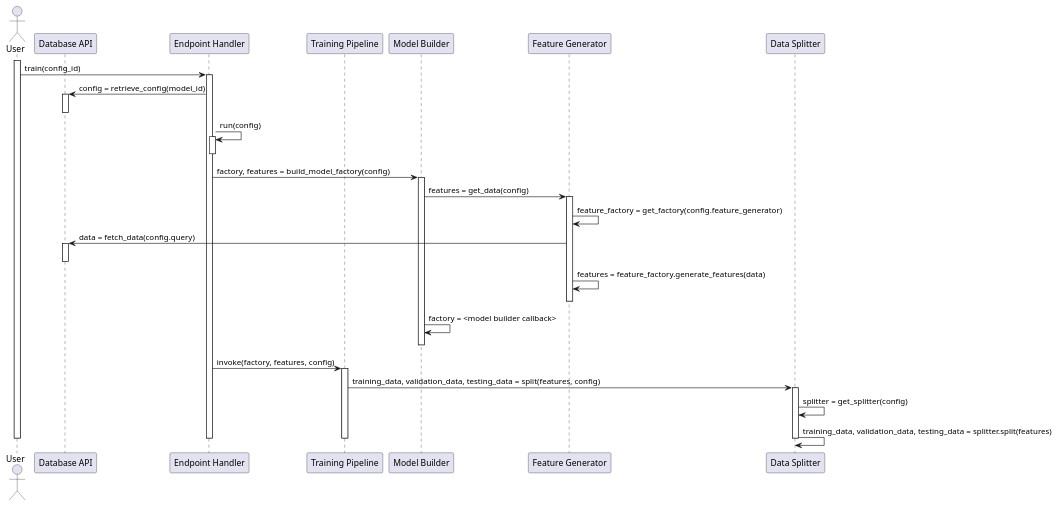
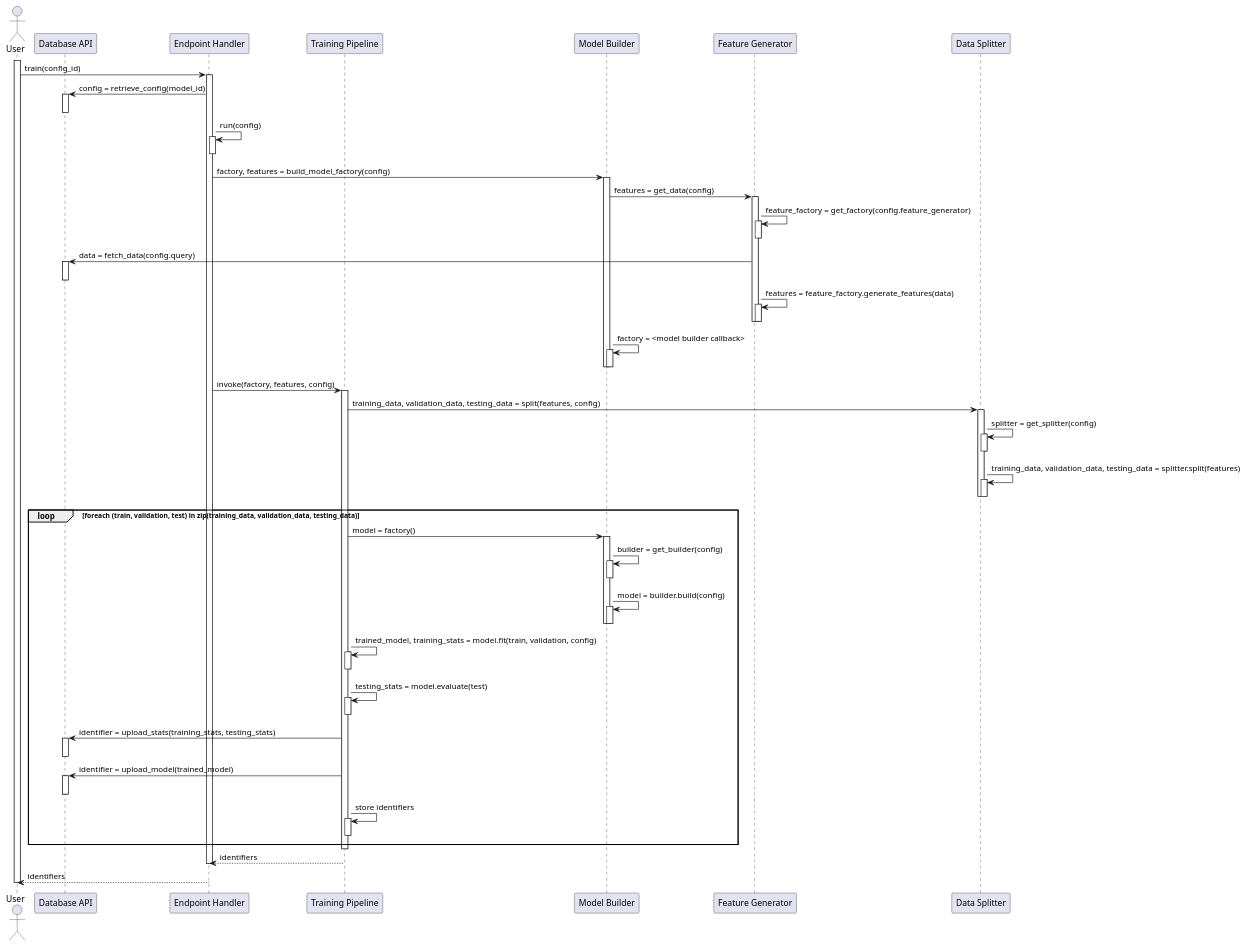
One commit to mining-design-decisions/Maestro changed the diagram in docs/architecture/figures/training.pu. Above: the diagram before and after it, drawn with PlantUML. The commit also changed 3 other files, not shown here.

Commit message:
Add sequence diagram for dl_manager

```diff
--- a/docs/architecture/figures/training.pu
+++ b/docs/architecture/figures/training.pu
@@ -1,46 +1,82 @@
-@startuml 
+@startuml "Deep Learning Manager -- Training Sequence Diagram"
 
 actor "User" as User
 participant "Database API" as DBApi 
 participant "Endpoint Handler" as Endpoint
 participant "Training Pipeline" as TrainingPipeline 
 participant "Model Builder" as ModelBuilder
 participant "Feature Generator" as FeatureGenerator
 participant "Data Splitter" as Splitter  
 
 
 activate User 
 User -> Endpoint: train(config_id)
     activate Endpoint 
     Endpoint -> DBApi: config = retrieve_config(model_id)
         activate DBApi
         deactivate DBApi
     Endpoint -> Endpoint: run(config)
         activate Endpoint
         deactivate Endpoint
         Endpoint -> ModelBuilder: factory, features = build_model_factory(config)
             activate ModelBuilder
             ModelBuilder -> FeatureGenerator: features = get_data(config)
                 activate FeatureGenerator
                 FeatureGenerator -> FeatureGenerator: feature_factory = get_factory(config.feature_generator)
+                    activate FeatureGenerator  
+                    deactivate FeatureGenerator
                 FeatureGenerator -> DBApi: data = fetch_data(config.query)
                     activate DBApi
                     deactivate DBApi
                 FeatureGenerator -> FeatureGenerator: features = feature_factory.generate_features(data)
-                FeatureGenerator -[hidden]-> FeatureGenerator
+                    activate FeatureGenerator  
+                    deactivate FeatureGenerator
                 deactivate FeatureGenerator
             ModelBuilder -> ModelBuilder: factory = <model builder callback>
-            ModelBuilder -[hidden]-> ModelBuilder
+                activate ModelBuilder  
+                deactivate ModelBuilder
             deactivate ModelBuilder
          Endpoint -> TrainingPipeline: invoke(factory, features, config)
             activate TrainingPipeline
             TrainingPipeline -> Splitter: training_data, validation_data, testing_data = split(features, config)
                 activate Splitter 
                 Splitter -> Splitter: splitter = get_splitter(config)
+                    activate Splitter
+                    deactivate Splitter
                 Splitter -> Splitter: training_data, validation_data, testing_data = splitter.split(features)
+                    activate Splitter
+                    deactivate Splitter
                 deactivate Splitter 
+            loop foreach (train, validation, test) in zip(training_data, validation_data, testing_data)
+                TrainingPipeline -> ModelBuilder: model = factory()
+                    activate ModelBuilder
+                    ModelBuilder -> ModelBuilder: builder = get_builder(config)
+                        activate ModelBuilder
+                        deactivate ModelBuilder
+                    ModelBuilder -> ModelBuilder: model = builder.build(config)
+                        activate ModelBuilder
+                        deactivate ModelBuilder
+                    deactivate ModelBuilder 
+                TrainingPipeline -> TrainingPipeline: trained_model, training_stats = model.fit(train, validation, config)
+                    activate TrainingPipeline
+                    deactivate TrainingPipeline
+                TrainingPipeline -> TrainingPipeline: testing_stats = model.evaluate(test)
+                    activate TrainingPipeline
+                    deactivate TrainingPipeline
+                TrainingPipeline -> DBApi: identifier = upload_stats(training_stats, testing_stats)
+                    activate DBApi
+                    deactivate DBApi
+                TrainingPipeline -> DBApi: identifier = upload_model(trained_model)
+                    activate DBApi
+                    deactivate DBApi
+                TrainingPipeline -> TrainingPipeline: store identifiers 
+                    activate TrainingPipeline
+                    deactivate TrainingPipeline
+            end loop 
             deactivate TrainingPipeline
+        Endpoint <-- TrainingPipeline: identifiers 
     deactivate Endpoint
+User <-- Endpoint: identifiers
 deactivate User 
 
 @enduml 
```
